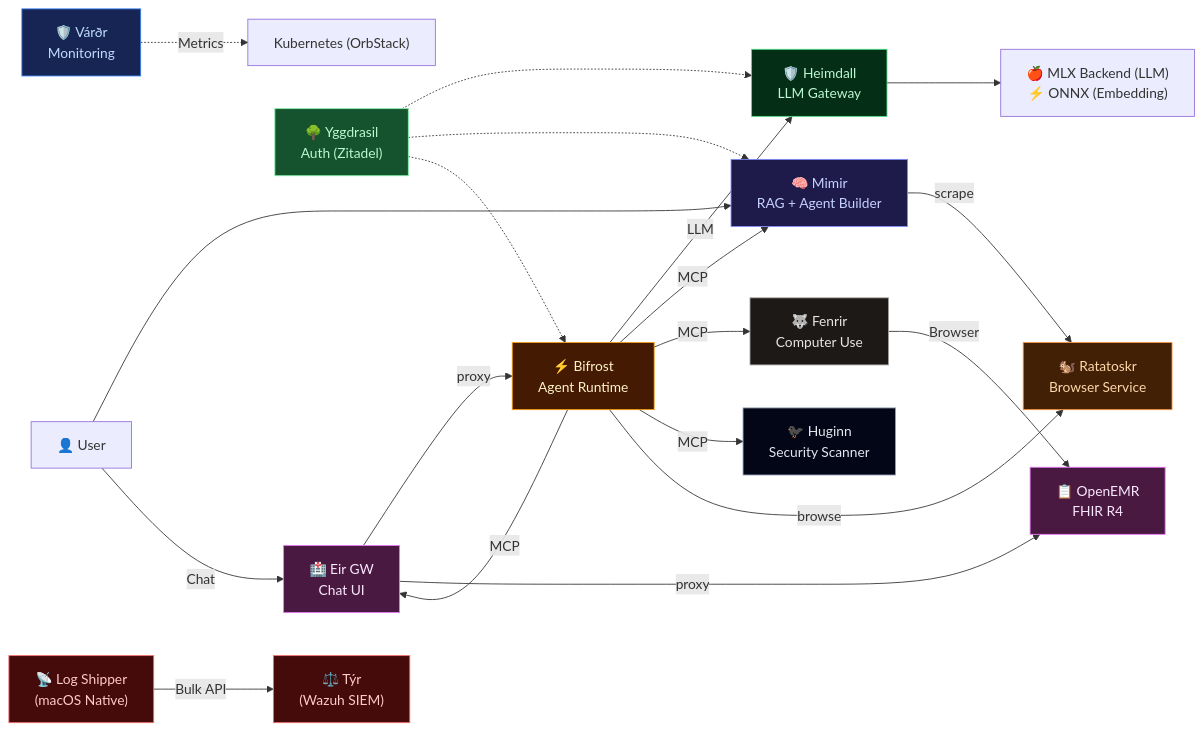
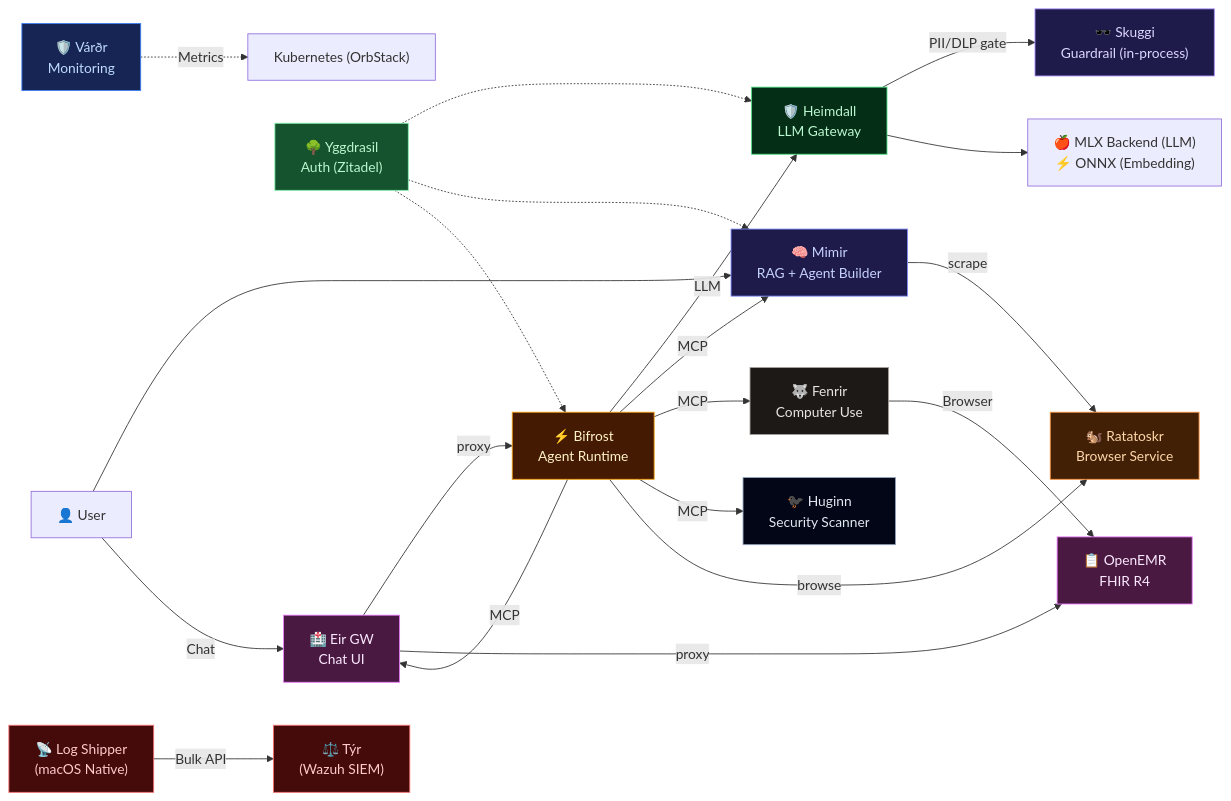
One commit to MegaWiz-Dev-Team/Asgard changed the diagram in README.md. Above: the diagram before and after it, drawn with Mermaid. The commit also changed 2 other files, not shown here.

Commit message:
docs: align component docs with finalized roster + visibility
- README: add Skuggi (PII/DLP guardrail) node to the architecture diagram.
- docs/README.md: replace the drifting component table with a pointer to the
  canonical roster in the root README (Components + Norse Naming + Access),
  eliminating duplicate/conflicting status lists.
- docs/architecture.md: rename Laminar -> heimdall-trace (Heimdall family,
  reassigned 2026-05-19); refresh the stale 'updated 2026-03-14 / 8 components'
  header to point at the canonical roster.

````diff
--- a/README.md
+++ b/README.md
@@ -22,40 +22,42 @@
 ```mermaid
 graph LR
     User["👤 User"] --> Mimir["🧠 Mimir<br/>RAG + Agent Builder"]
     User --> |"Chat"| EirGW["🏥 Eir GW<br/>Chat UI"]
 
     EirGW --> |"proxy"| Bifrost["⚡ Bifrost<br/>Agent Runtime"]
     Bifrost --> |"LLM"| Heimdall["🛡️ Heimdall<br/>LLM Gateway"]
     Bifrost --> |"MCP"| Mimir
     Bifrost --> |"MCP"| Fenrir["🐺 Fenrir<br/>Computer Use"]
     Bifrost --> |"MCP"| EirGW
     Bifrost --> |"MCP"| Huginn["🐦‍⬛ Huginn<br/>Security Scanner"]
 
     Mimir --> |"scrape"| Ratatoskr["🐿️ Ratatoskr<br/>Browser Service"]
     Bifrost --> |"browse"| Ratatoskr
 
     EirGW --> |"proxy"| Eir["📋 OpenEMR<br/>FHIR R4"]
     Fenrir --> |"Browser"| Eir
 
+    Heimdall --> |"PII/DLP gate"| Skuggi["🕶️ Skuggi<br/>Guardrail (in-process)"]
     Heimdall --> LLM["🍎 MLX Backend (LLM)<br/>⚡ ONNX (Embedding)"]
 
     Yggdrasil["🌳 Yggdrasil<br/>Auth (Zitadel)"] -.-> Heimdall
     Yggdrasil -.-> Mimir
     Yggdrasil -.-> Bifrost
 
     Vardr["🛡️ Várðr<br/>Monitoring"] -.-> |"Metrics"| K3s["Kubernetes (OrbStack)"]
     LogShipper["📡 Log Shipper<br/>(macOS Native)"] --> |"Bulk API"| Tyr["⚖️ Týr<br/>(Wazuh SIEM)"]
 
     style Mimir fill:#1e1b4b,stroke:#818cf8,color:#c7d2fe
     style Bifrost fill:#451a03,stroke:#f59e0b,color:#fef3c7
     style Heimdall fill:#052e16,stroke:#4ade80,color:#bbf7d0
     style Fenrir fill:#1c1917,stroke:#a8a29e,color:#e7e5e4
     style Ratatoskr fill:#422006,stroke:#fb923c,color:#fed7aa
     style Eir fill:#4a1942,stroke:#e879f9,color:#fae8ff
     style EirGW fill:#4a1942,stroke:#e879f9,color:#fae8ff
     style Yggdrasil fill:#14532d,stroke:#86efac,color:#bbf7d0
     style Vardr fill:#172554,stroke:#3b82f6,color:#bfdbfe
     style Huginn fill:#020617,stroke:#94a3b8,color:#e2e8f0
     style Tyr fill:#450a0a,stroke:#f87171,color:#fecaca
     style LogShipper fill:#450a0a,stroke:#f87171,color:#fecaca
+    style Skuggi fill:#1e1b4b,stroke:#a78bfa,color:#ddd6fe
 ```
````
